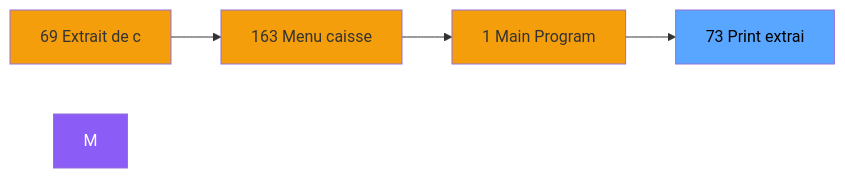
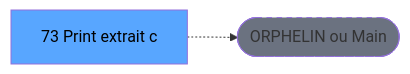
Before and after one commit to thonyAGP/lecteur-magic: the second of 3 diagrams in .openspec/specs/ADH-IDE-73.md, drawn with Mermaid. The commit also changed other lines of this file and 701 other files, not shown here.

````diff
--- a/.openspec/specs/ADH-IDE-73.md
+++ b/.openspec/specs/ADH-IDE-73.md
@@ -124,15 +122,8 @@
 ```mermaid
 graph LR
-    N69[69 Extrait de c]
-    N163[163 Menu caisse ]
-    N1[1 Main Program]
-    T[73 Print extrai]
-    N69 --> N163
-    N163 --> N1
-    N1 --> T
-    style M fill:#8b5cf6,color:#fff
-    style N69 fill:#f59e0b
-    style N163 fill:#f59e0b
-    style N1 fill:#f59e0b
+    T[73 Print extrait c]
+    ORPHAN([ORPHELIN ou Main])
+    T -.-> ORPHAN
     style T fill:#58a6ff,color:#000
+    style ORPHAN fill:#6b7280,stroke-dasharray: 5 5
 ```
````
